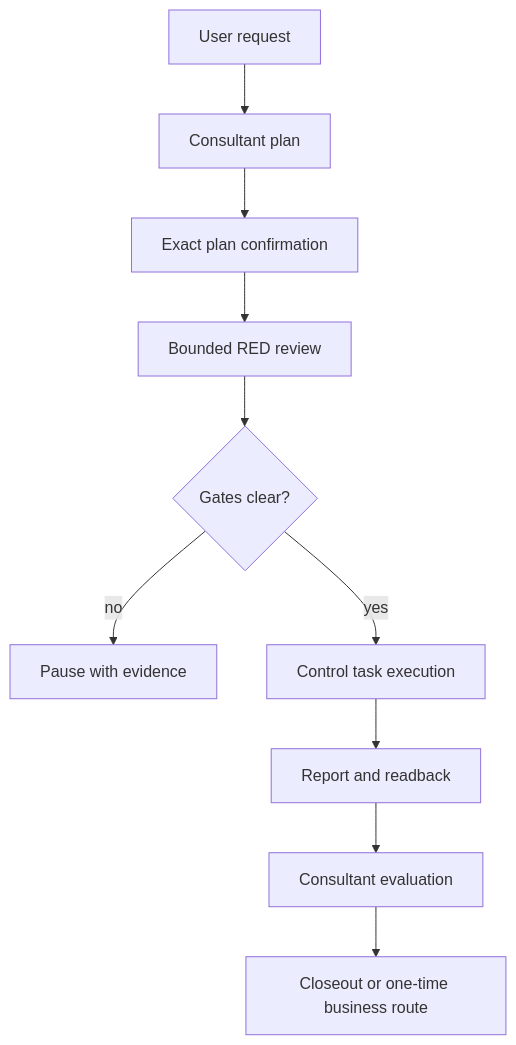
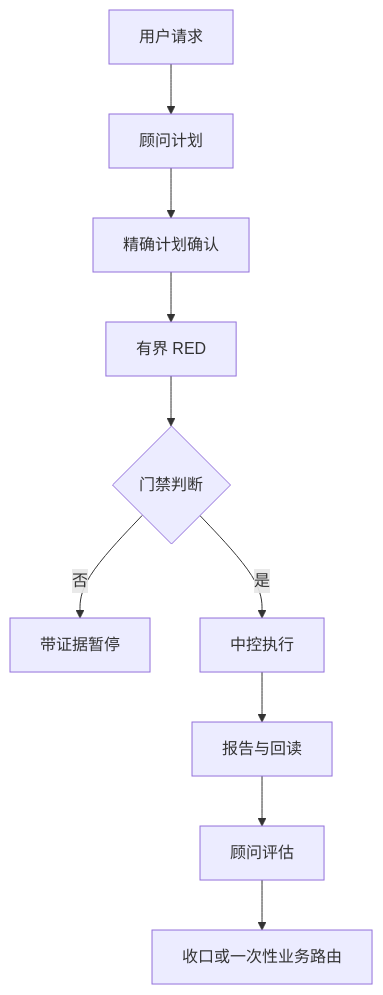
The diagram in README.md (xiexuyu19850919-creator/co-op-loop), drawn with Mermaid before and after one commit. The commit also changed other lines of this file, not shown here.

Commit message:
Complete Chinese default README

````diff
--- a/README.md
+++ b/README.md
@@ -27,12 +26,12 @@
 ```mermaid
 flowchart TD
-    A[User request] --> B[Consultant plan]
-    B --> C[Exact plan confirmation]
-    C --> D[Bounded RED review]
-    D --> E{Gates clear?}
-    E -- no --> F[Pause with evidence]
-    E -- yes --> G[Control task execution]
-    G --> H[Report and readback]
-    H --> I[Consultant evaluation]
-    I --> J[Closeout or one-time business route]
+    A[用户请求] --> B[顾问计划]
+    B --> C[精确计划确认]
+    C --> D[有界 RED]
+    D --> E{门禁判断}
+    E -- 否 --> F[带证据暂停]
+    E -- 是 --> G[中控执行]
+    G --> H[报告与回读]
+    H --> I[顾问评估]
+    I --> J[收口或一次性业务路由]
 ```
````
